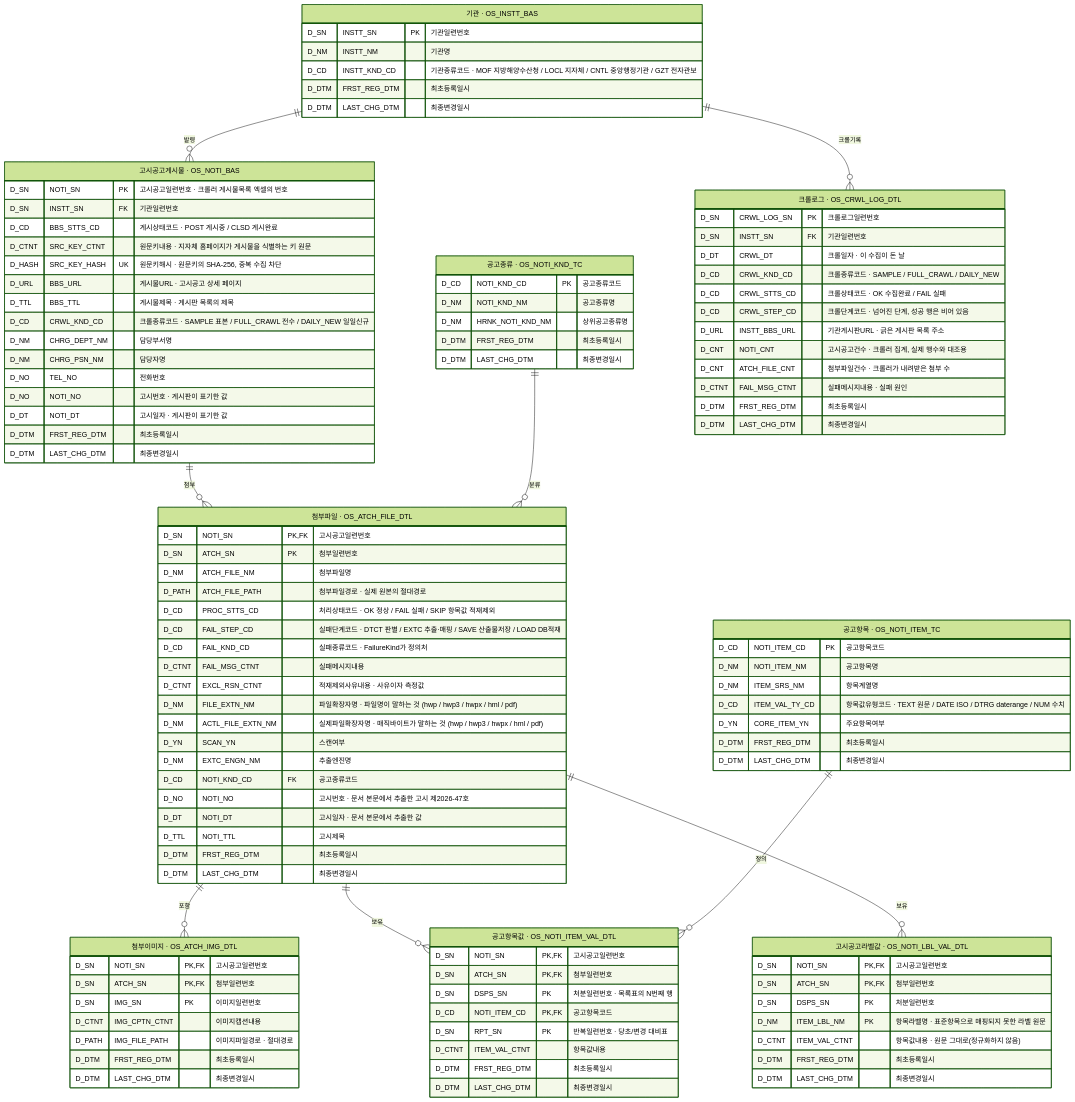
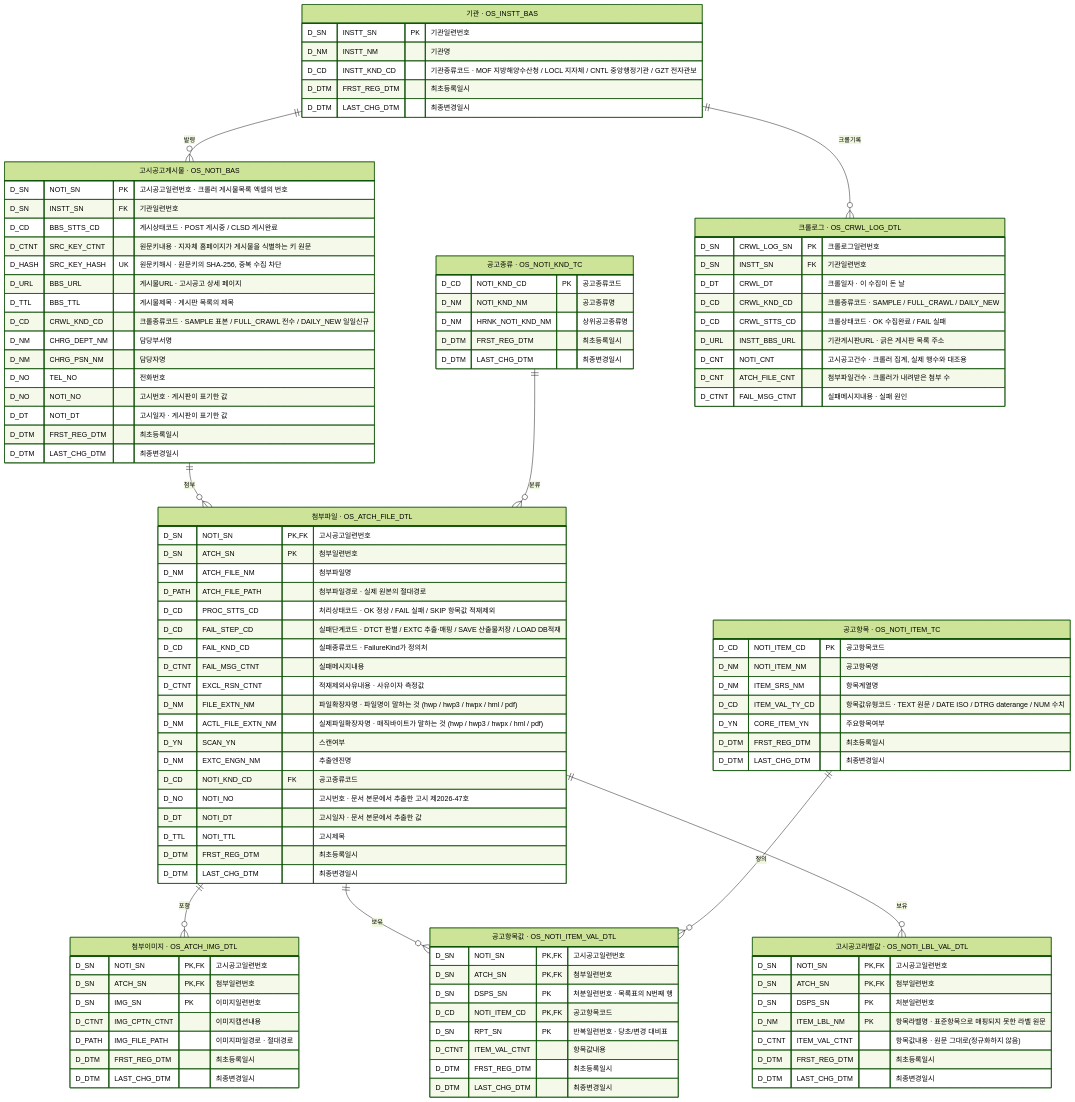
Before and after one commit to Team-All4Land/All4Land_java-pipeline: the diagram in README.md, drawn with Mermaid (forest theme). The commit also changed 7 other files, not shown here.

```diff
--- a/README.md
+++ b/README.md
@@ -180,13 +180,10 @@
         D_DT   CRWL_DT           "크롤일자 · 이 수집이 돈 날"
         D_CD   CRWL_KND_CD       "크롤종류코드 · SAMPLE / FULL_CRAWL / DAILY_NEW"
         D_CD   CRWL_STTS_CD      "크롤상태코드 · OK 수집완료 / FAIL 실패"
-        D_CD   CRWL_STEP_CD      "크롤단계코드 · 넘어진 단계, 성공 행은 비어 있음"
         D_URL  INSTT_BBS_URL     "기관게시판URL · 긁은 게시판 목록 주소"
         D_CNT  NOTI_CNT          "고시공고건수 · 크롤러 집계, 실제 행수와 대조용"
         D_CNT  ATCH_FILE_CNT     "첨부파일건수 · 크롤러가 내려받은 첨부 수"
         D_CTNT FAIL_MSG_CTNT     "실패메시지내용 · 실패 원인"
-        D_DTM  FRST_REG_DTM      "최초등록일시"
-        D_DTM  LAST_CHG_DTM      "최종변경일시"
     }
     OS_ATCH_FILE_DTL["첨부파일 · OS_ATCH_FILE_DTL"] {
         D_SN   NOTI_SN            PK,FK "고시공고일련번호"
```
